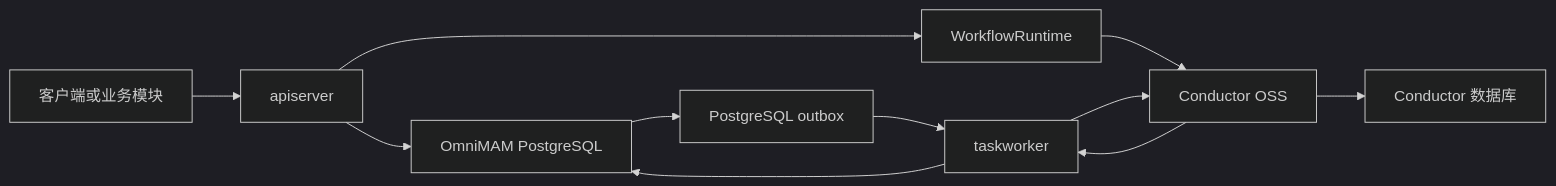
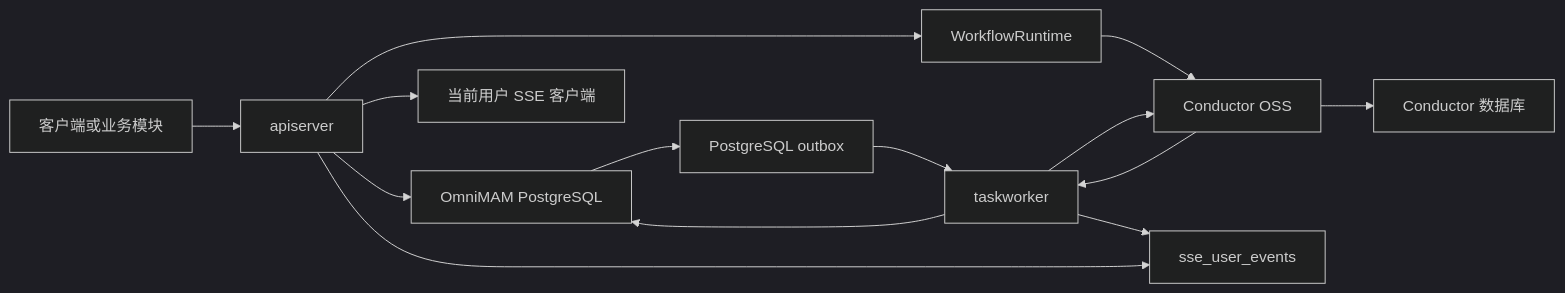
Before and after one commit to wangweihong/omnimam-server: the first of 4 diagrams in docs/guide/zh-CN/architecture/taskworker-apiserver-collaboration.md, drawn with Mermaid (dark theme). The commit also changed other lines of this file and 28 other files, not shown here.

````diff
--- a/docs/guide/zh-CN/architecture/taskworker-apiserver-collaboration.md
+++ b/docs/guide/zh-CN/architecture/taskworker-apiserver-collaboration.md
@@ -9,13 +9,16 @@
 ```mermaid
 flowchart LR
   Client["客户端或业务模块"] --> API["apiserver"]
   API --> BusinessDB["OmniMAM PostgreSQL"]
   API --> Runtime["WorkflowRuntime"]
   Runtime --> Conductor["Conductor OSS"]
   Conductor --> ConductorDB["Conductor 数据库"]
   Conductor --> Worker["taskworker"]
   Worker --> BusinessDB
   Worker --> Conductor
   BusinessDB --> Outbox["PostgreSQL outbox"]
   Outbox --> Worker
+  Worker --> UserEvents["sse_user_events"]
+  API --> UserEvents
+  API --> SSEClient["当前用户 SSE 客户端"]
 ```
````
